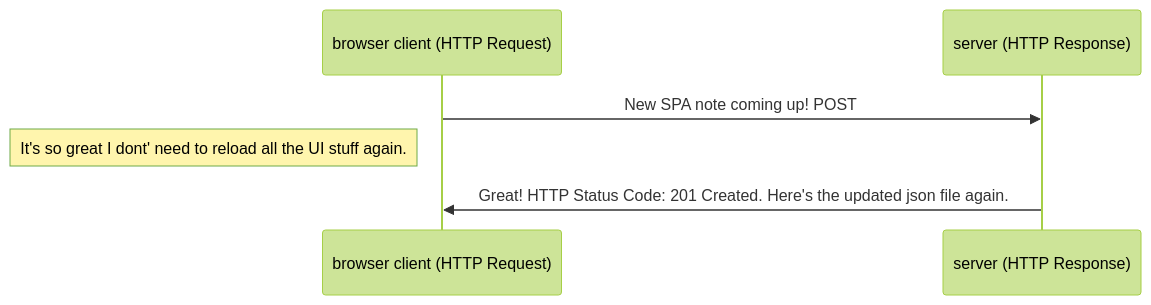
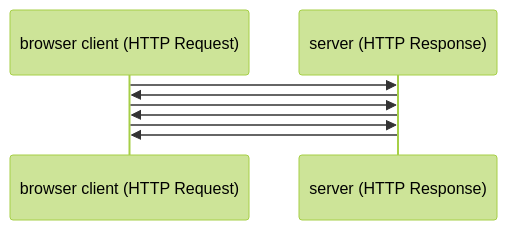
Before and after one commit to ellallaa/palautusrepo2023: the diagram in osa0/05spakaavio.md, drawn with Mermaid (forest theme). The commit also changed other lines of this file and 1 other file, not shown here.

Commit message:
spa-kaaviot 03

````diff
--- a/osa0/05spakaavio.md
+++ b/osa0/05spakaavio.md
@@ -2,10 +2,12 @@
 ```mermaid
   sequenceDiagram
   participant bc as browser client (HTTP Request)
   participant s as server (HTTP Response)  
 
-  bc->>s: New SPA note coming up! POST
-  Note left of bc: It's so great I dont' need to reload all the UI stuff again.
-  s->>bc: Great! HTTP Status Code: 201 Created. Here's the updated json file again.
-
+  bc->>s: 
+  s->>bc:
+  bc->>s:
+  s->>bc:
+  bc->>s:
+  s->>bc:
 ```
````
